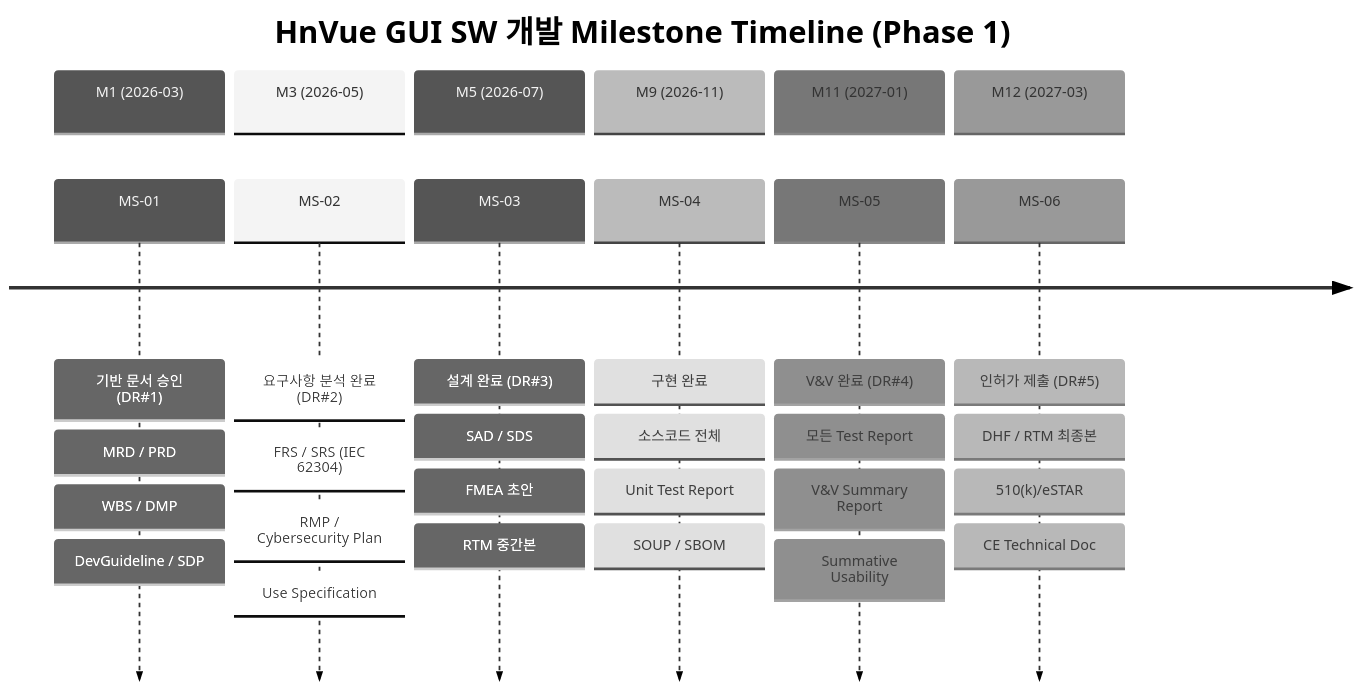
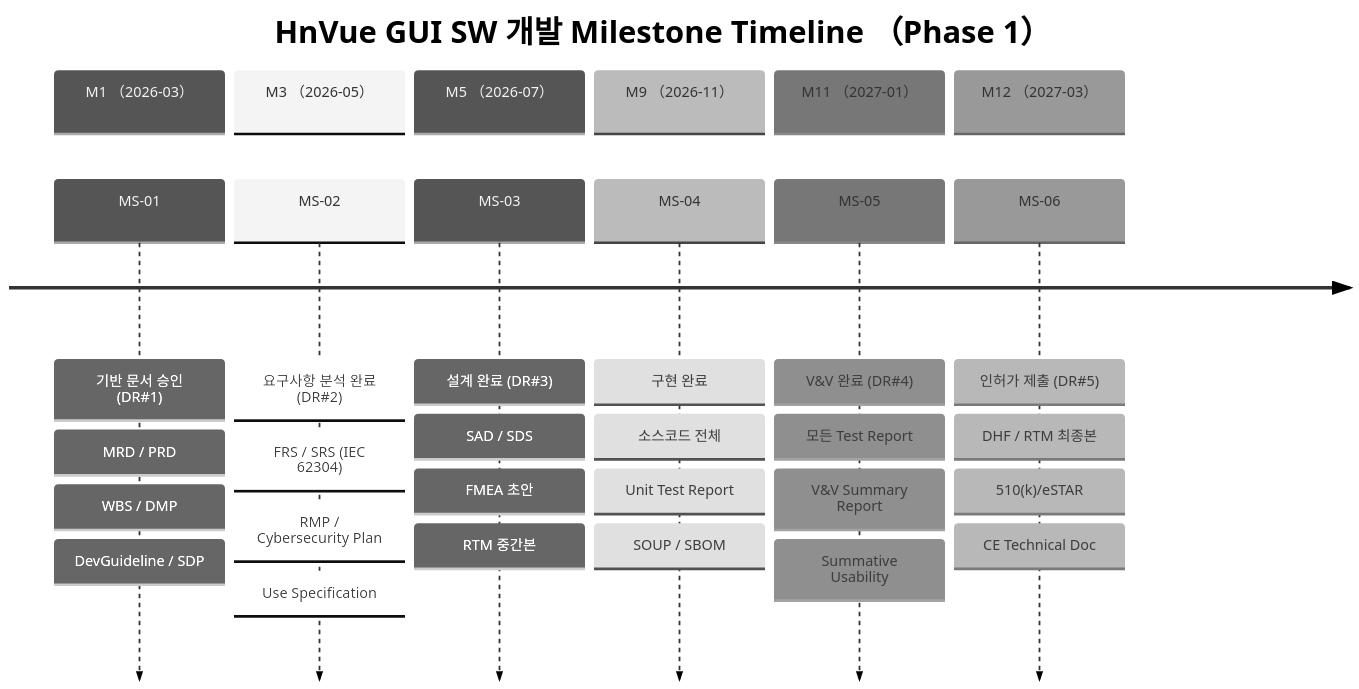
The fourth of 10 diagrams in docs/management/WBS-001_WBS_v1.0.md (holee9/console-gui), drawn with Mermaid (neutral theme) before and after one commit. The commit also changed 19 other files, not shown here.

First line of the commit message:
fix: quadrantChart/pie/timeline 등 비flowchart 차트 파싱 오류 전면 수정

````diff
--- a/docs/management/WBS-001_WBS_v1.0.md
+++ b/docs/management/WBS-001_WBS_v1.0.md
@@ -237,34 +237,34 @@
 ```mermaid
 timeline
-    title HnVue GUI SW 개발 Milestone Timeline (Phase 1)
-    section M1 (2026-03)
+    title HnVue GUI SW 개발 Milestone Timeline （Phase 1）
+    section M1 （2026-03）
         MS-01 : 기반 문서 승인 (DR#1)
               : MRD / PRD
               : WBS / DMP
               : DevGuideline / SDP
-    section M3 (2026-05)
+    section M3 （2026-05）
         MS-02 : 요구사항 분석 완료 (DR#2)
               : FRS / SRS (IEC 62304)
               : RMP / Cybersecurity Plan
               : Use Specification
-    section M5 (2026-07)
+    section M5 （2026-07）
         MS-03 : 설계 완료 (DR#3)
               : SAD / SDS
               : FMEA 초안
               : RTM 중간본
-    section M9 (2026-11)
+    section M9 （2026-11）
         MS-04 : 구현 완료
               : 소스코드 전체
               : Unit Test Report
               : SOUP / SBOM
-    section M11 (2027-01)
+    section M11 （2027-01）
         MS-05 : V&V 완료 (DR#4)
               : 모든 Test Report
               : V&V Summary Report
               : Summative Usability
-    section M12 (2027-03)
+    section M12 （2027-03）
         MS-06 : 인허가 제출 (DR#5)
               : DHF / RTM 최종본
               : 510(k)/eSTAR
               : CE Technical Doc
 ```
````
